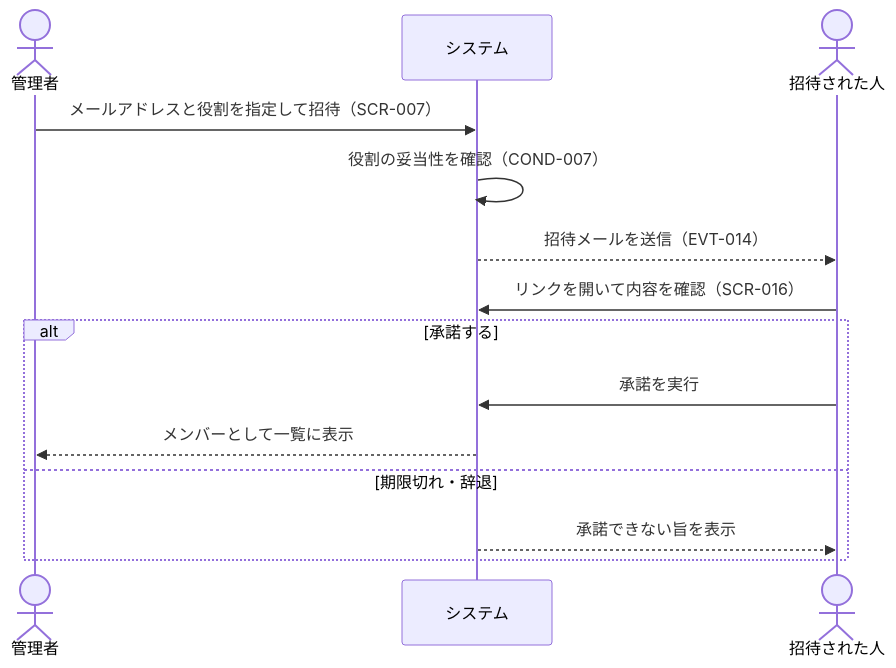
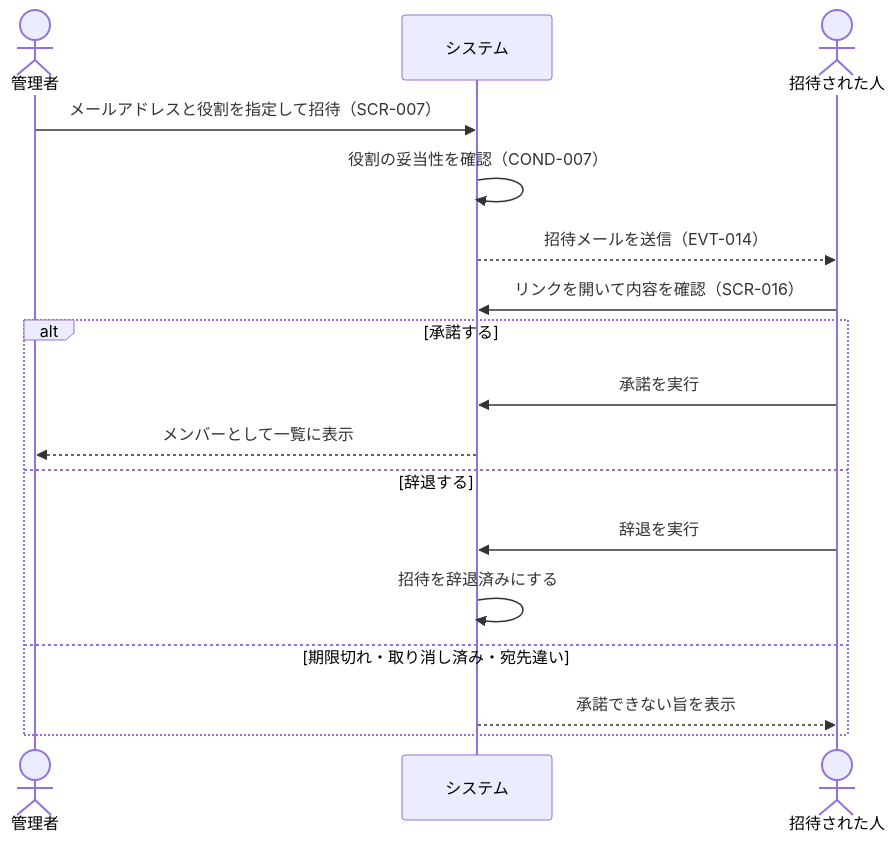
One commit to gdsc-osaka/iclub-reserve changed the third of 3 diagrams in rdra/contexts/group-management.md. Above: the diagram before and after it, drawn with Mermaid. The commit also changed other lines of this file and 13 other files, not shown here.

````diff
--- a/rdra/contexts/group-management.md
+++ b/rdra/contexts/group-management.md
@@ -227,17 +231,20 @@
 ```mermaid
 sequenceDiagram
     actor 管理者
     participant システム
     actor 招待された人
 
     管理者->>システム: メールアドレスと役割を指定して招待（SCR-007）
     システム->>システム: 役割の妥当性を確認（COND-007）
     システム-->>招待された人: 招待メールを送信（EVT-014）
     招待された人->>システム: リンクを開いて内容を確認（SCR-016）
     alt 承諾する
         招待された人->>システム: 承諾を実行
         システム-->>管理者: メンバーとして一覧に表示
-    else 期限切れ・辞退
+    else 辞退する
+        招待された人->>システム: 辞退を実行
+        システム->>システム: 招待を辞退済みにする
+    else 期限切れ・取り消し済み・宛先違い
         システム-->>招待された人: 承諾できない旨を表示
     end
 ```
````
